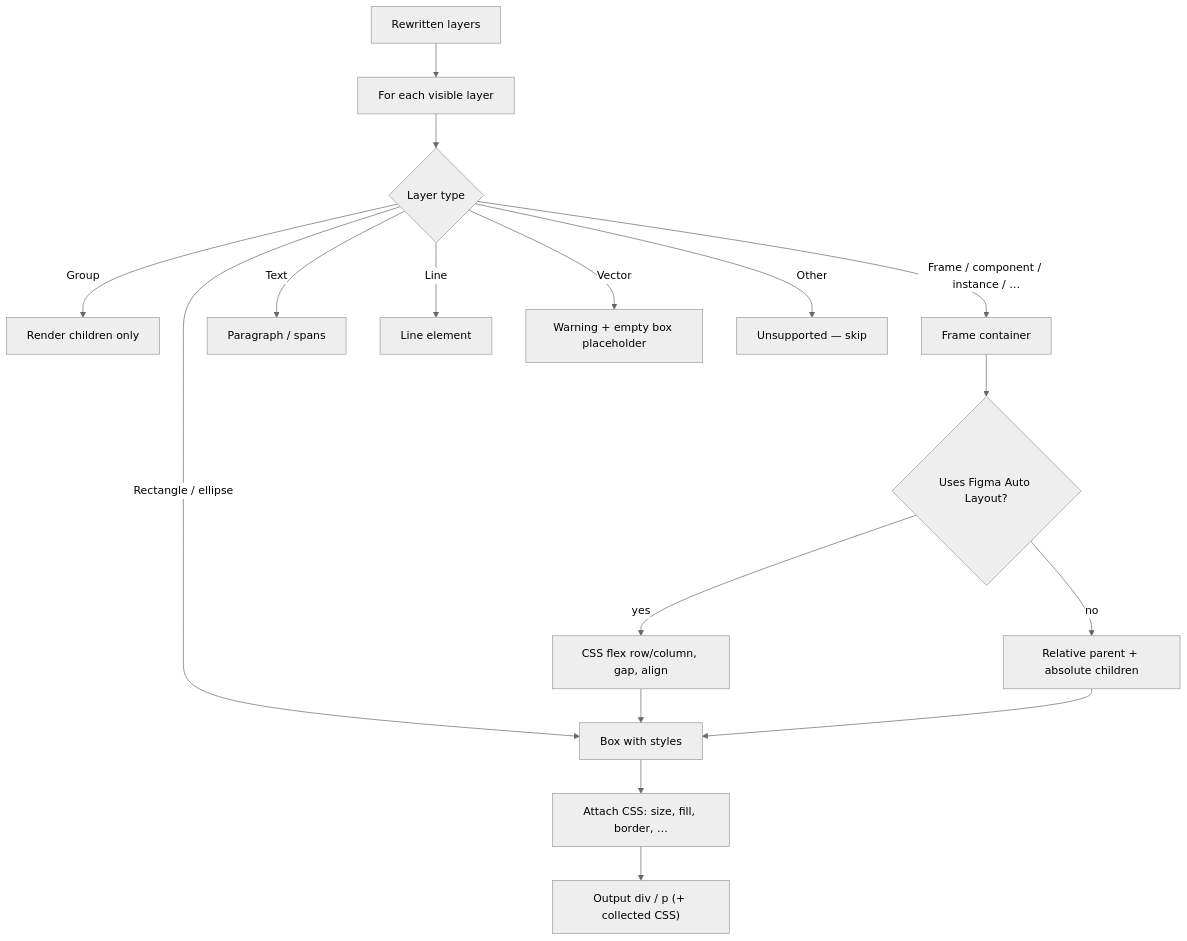
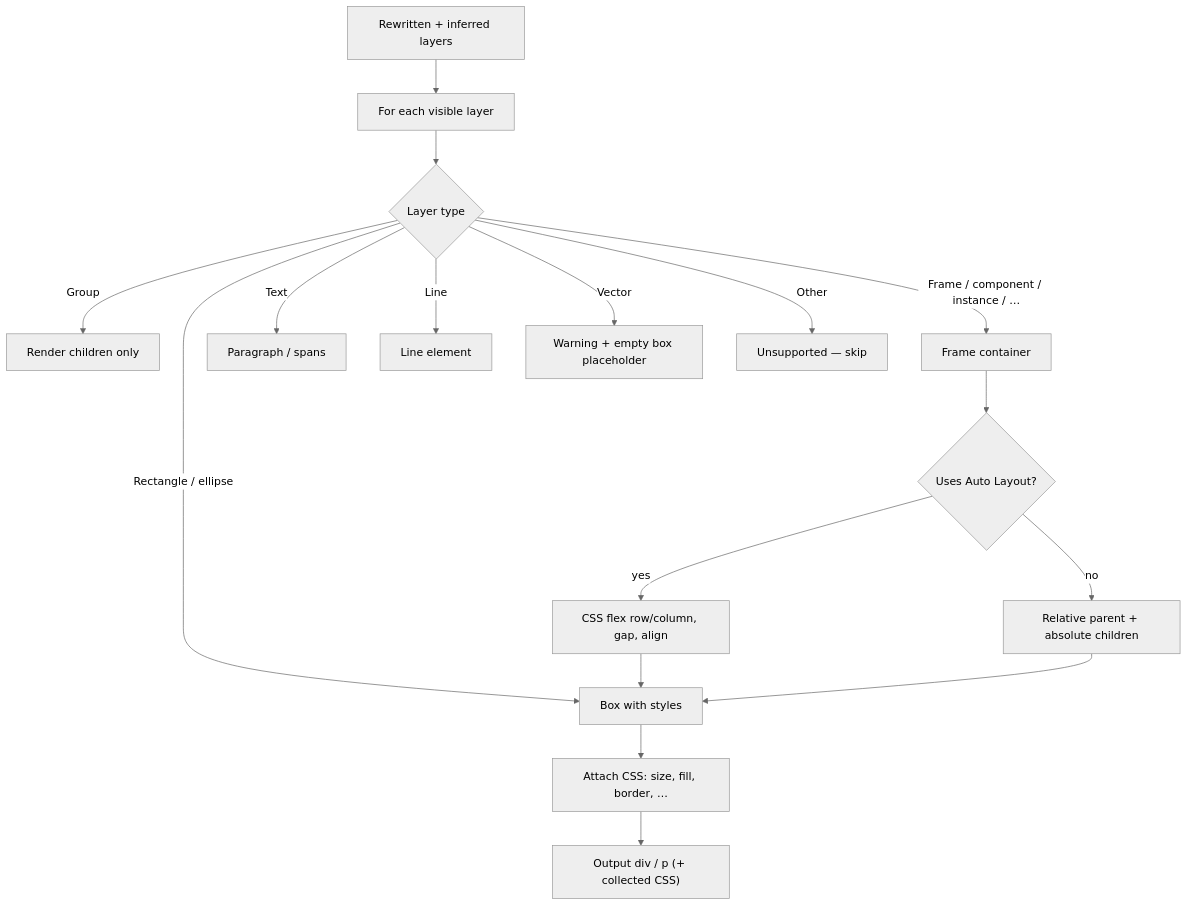
One commit to CodeByStella/FIGMA2CODE changed the fifth of 5 diagrams in tools/figma-layout/README.md. Above: the diagram before and after it, drawn with Mermaid (neutral theme). The commit also changed other lines of this file and 10 other files, not shown here.

````diff
--- a/tools/figma-layout/README.md
+++ b/tools/figma-layout/README.md
@@ -216,19 +256,19 @@
 ```mermaid
 flowchart TD
-  Roots["Rewritten layers"] --> W["For each visible layer"]
+  Roots["Rewritten + inferred layers"] --> W["For each visible layer"]
   W --> Type{"Layer type"}
   Type -->|Rectangle / ellipse| Cont["Box with styles"]
   Type -->|Group| Grp["Render children only"]
   Type -->|Frame / component / instance / …| Fr["Frame container"]
   Type -->|Text| Txt["Paragraph / spans"]
   Type -->|Line| Ln["Line element"]
   Type -->|Vector| Vec["Warning + empty box placeholder"]
   Type -->|Other| Warn["Unsupported — skip"]
-  Fr --> AL{"Uses Figma Auto Layout?"}
+  Fr --> AL{"Uses Auto Layout?"}
   AL -->|yes| Flex["CSS flex row/column, gap, align"]
   AL -->|no| Abs["Relative parent + absolute children"]
   Flex --> Cont
   Abs --> Cont
   Cont --> B["Attach CSS: size, fill, border, …"]
   B --> Out["Output div / p (+ collected CSS)"]
 ```
````
